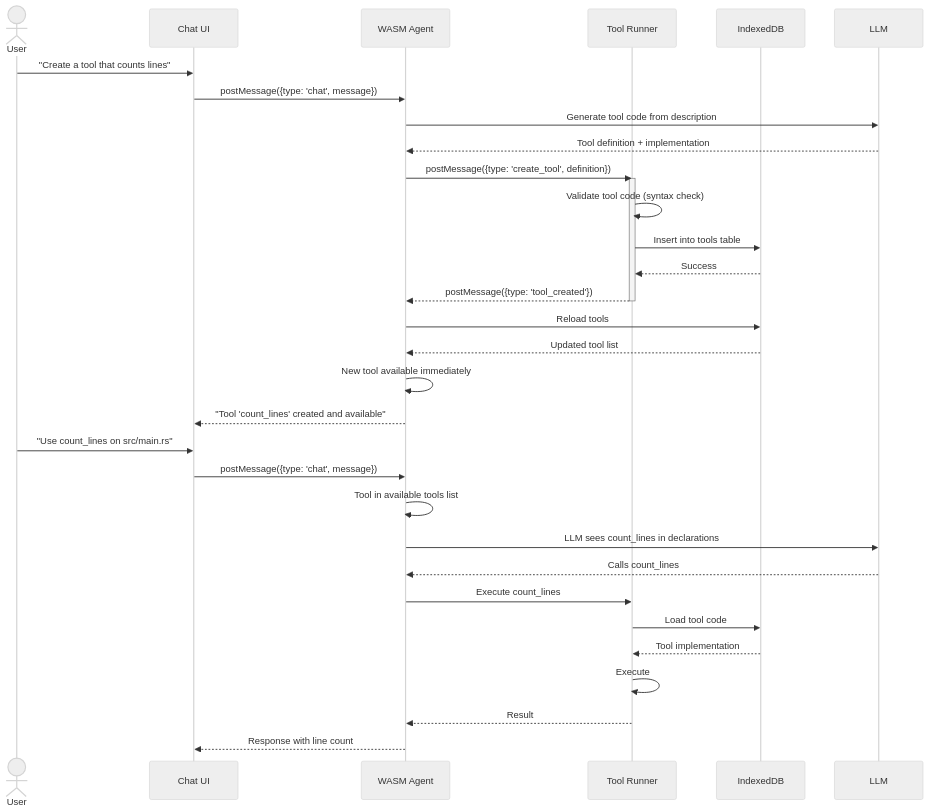
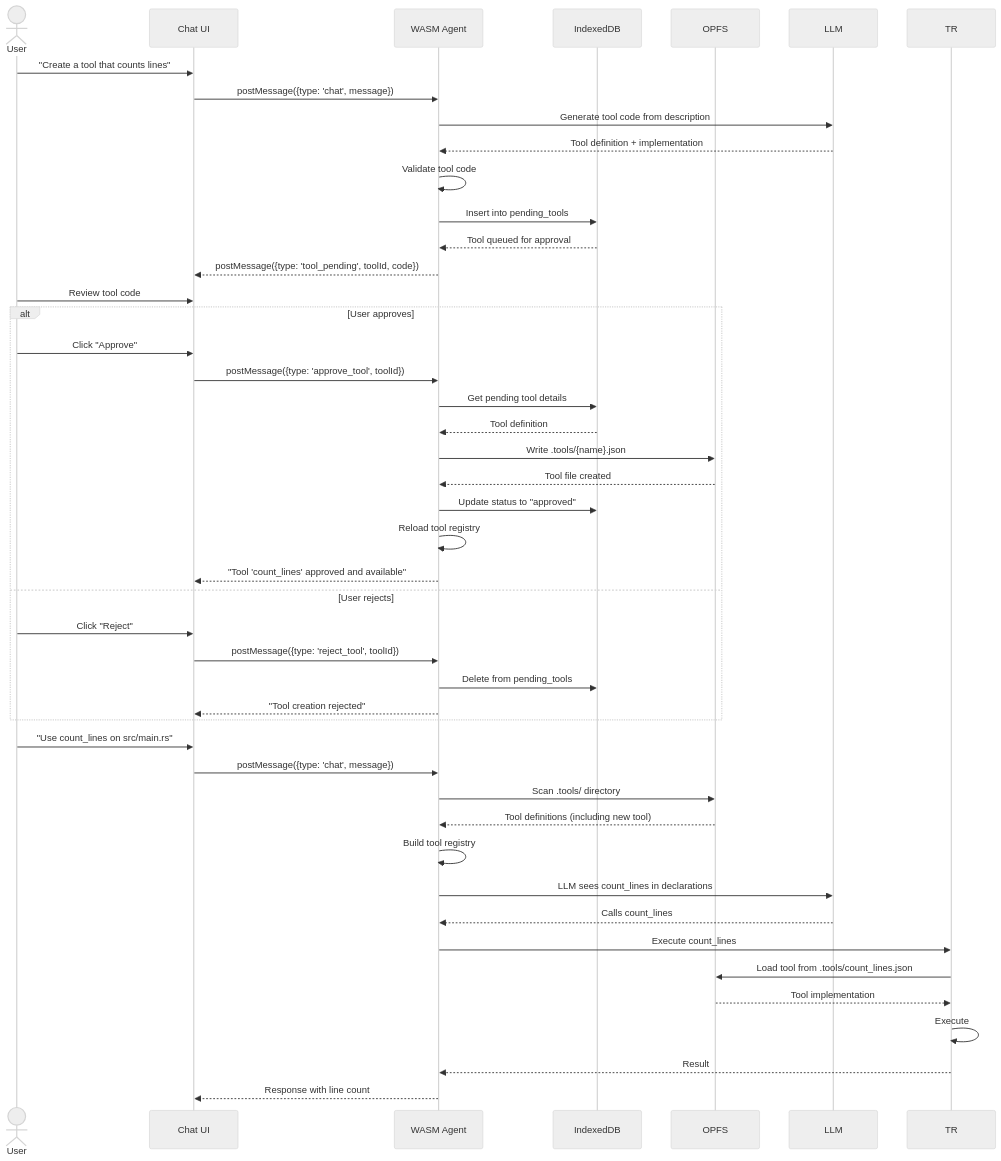
Before and after one commit to weolopez/aardvark: the sixth of 8 diagrams in ARCHITECTURE.md, drawn with Mermaid (neutral theme). The commit also changed other lines of this file, not shown here.

Commit message:
feat: Update architecture documentation to reflect OPFS integration and tool approval workflow

````diff
--- a/ARCHITECTURE.md
+++ b/ARCHITECTURE.md
@@ -399,48 +480,63 @@
 ```mermaid
 sequenceDiagram
     actor User
     participant UI as Chat UI
     participant Agent as WASM Agent
-    participant TR as Tool Runner
     participant DB as IndexedDB
+    participant OPFS as OPFS
     
     User->>UI: "Create a tool that counts lines"
     
     UI->>Agent: postMessage({type: 'chat', message})
     
     Agent->>LLM: Generate tool code from description
     LLM-->>Agent: Tool definition + implementation
     
-    Agent->>TR: postMessage({type: 'create_tool', definition})
-    activate TR
+    Agent->>Agent: Validate tool code
+    Agent->>DB: Insert into pending_tools
+    DB-->>Agent: Tool queued for approval
     
-    TR->>TR: Validate tool code (syntax check)
-    TR->>DB: Insert into tools table
-    DB-->>TR: Success
+    Agent-->>UI: postMessage({type: 'tool_pending', toolId, code})
     
-    TR-->>Agent: postMessage({type: 'tool_created'})
-    deactivate TR
+    User->>UI: Review tool code
     
-    Agent->>DB: Reload tools
-    DB-->>Agent: Updated tool list
-    
-    Agent->>Agent: New tool available immediately
-    
-    Agent-->>UI: "Tool 'count_lines' created and available"
+    alt User approves
+        User->>UI: Click "Approve"
+        UI->>Agent: postMessage({type: 'approve_tool', toolId})
+        
+        Agent->>DB: Get pending tool details
+        DB-->>Agent: Tool definition
+        
+        Agent->>OPFS: Write .tools/{name}.json
+        OPFS-->>Agent: Tool file created
+        
+        Agent->>DB: Update status to "approved"
+        Agent->>Agent: Reload tool registry
+        
+        Agent-->>UI: "Tool 'count_lines' approved and available"
+        
+    else User rejects
+        User->>UI: Click "Reject"
+        UI->>Agent: postMessage({type: 'reject_tool', toolId})
+        Agent->>DB: Delete from pending_tools
+        Agent-->>UI: "Tool creation rejected"
+    end
     
     User->>UI: "Use count_lines on src/main.rs"
     
     UI->>Agent: postMessage({type: 'chat', message})
     
-    Agent->>Agent: Tool in available tools list
+    Agent->>OPFS: Scan .tools/ directory
+    OPFS-->>Agent: Tool definitions (including new tool)
+    Agent->>Agent: Build tool registry
     Agent->>LLM: LLM sees count_lines in declarations
     LLM-->>Agent: Calls count_lines
     
     Agent->>TR: Execute count_lines
-    TR->>DB: Load tool code
-    DB-->>TR: Tool implementation
+    TR->>OPFS: Load tool from .tools/count_lines.json
+    OPFS-->>TR: Tool implementation
     TR->>TR: Execute
     TR-->>Agent: Result
     
     Agent-->>UI: Response with line count
 ```
````
